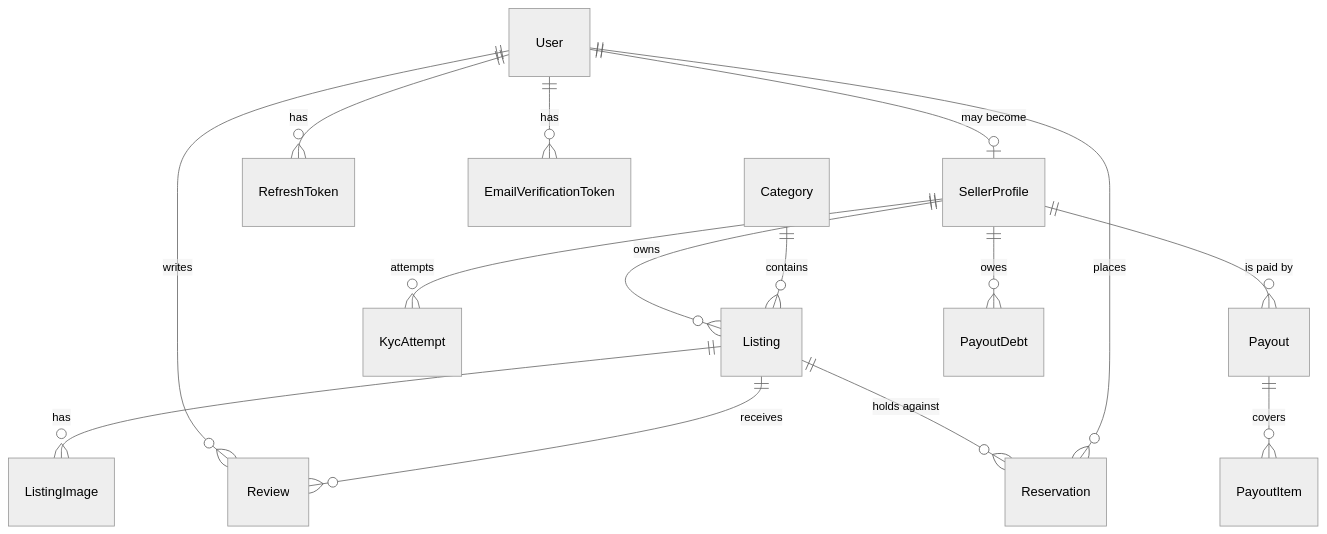
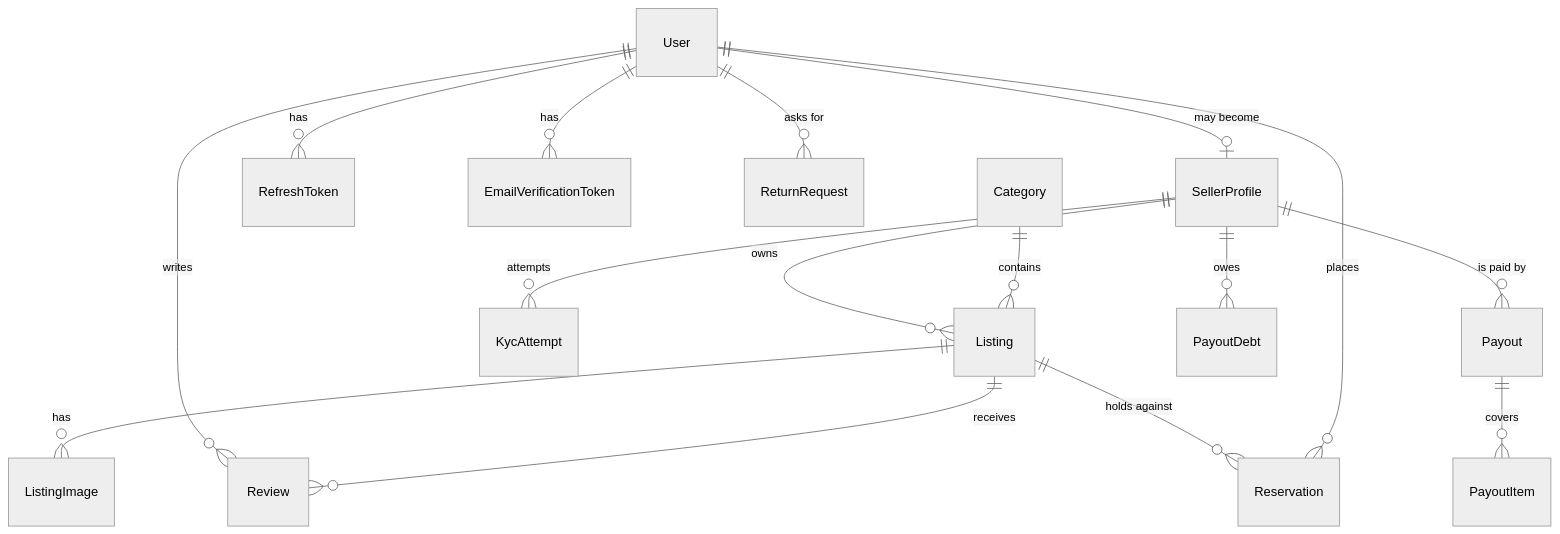
Before and after one commit to prefierolasoledad/Kintsugi: the diagram in docs/architecture/data-model.md, drawn with Mermaid (neutral theme). The commit also changed other lines of this file and 49 other files, not shown here.

First line of the commit message:
feat: implement buyer return request functionality

````diff
--- a/docs/architecture/data-model.md
+++ b/docs/architecture/data-model.md
@@ -10,17 +10,18 @@
 ```mermaid
 erDiagram
     User ||--o| SellerProfile : "may become"
     User ||--o{ RefreshToken : has
     User ||--o{ EmailVerificationToken : has
     User ||--o{ Review : writes
     SellerProfile ||--o{ Listing : owns
     SellerProfile ||--o{ KycAttempt : "attempts"
+    User ||--o{ ReturnRequest : "asks for"
     SellerProfile ||--o{ Payout : "is paid by"
     SellerProfile ||--o{ PayoutDebt : owes
     Payout ||--o{ PayoutItem : covers
     Category ||--o{ Listing : contains
     Listing ||--o{ ListingImage : has
     Listing ||--o{ Review : receives
     Listing ||--o{ Reservation : "holds against"
     User ||--o{ Reservation : places
 ```
````
